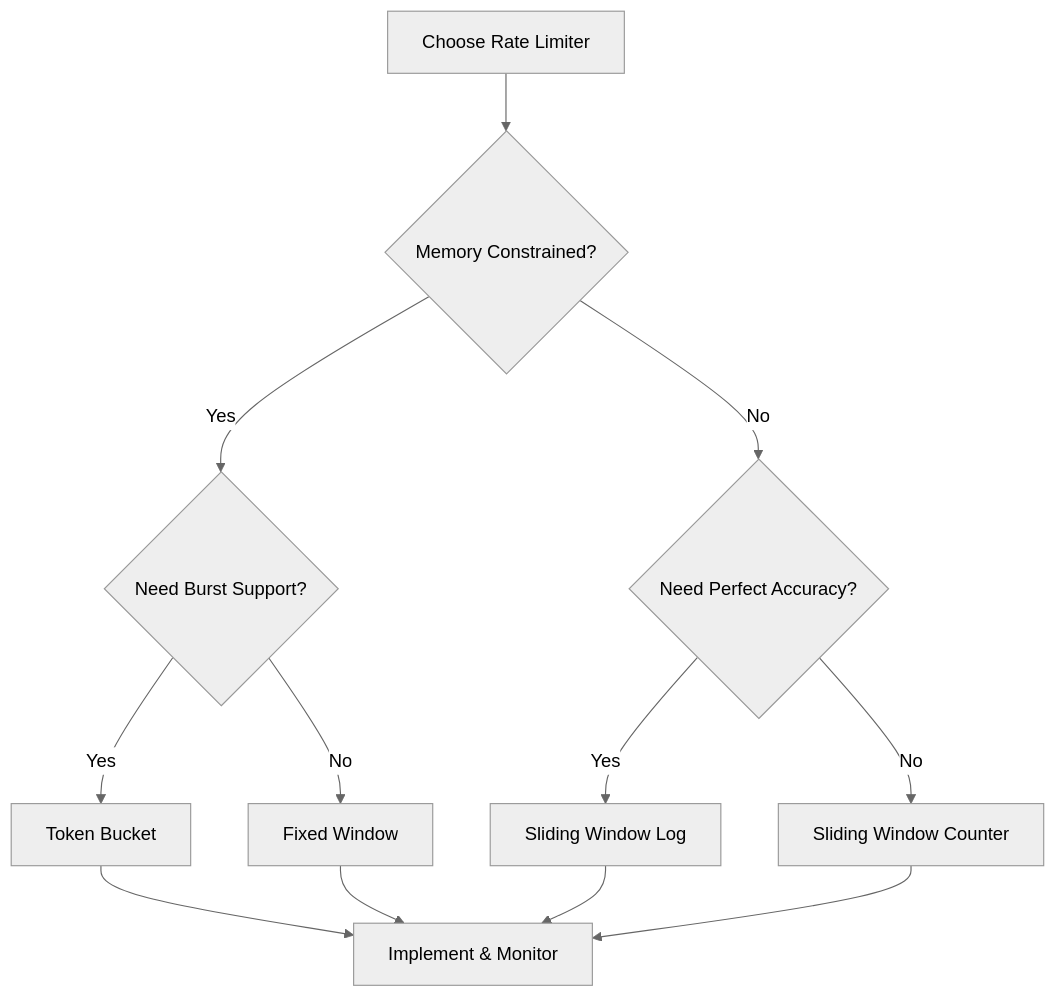
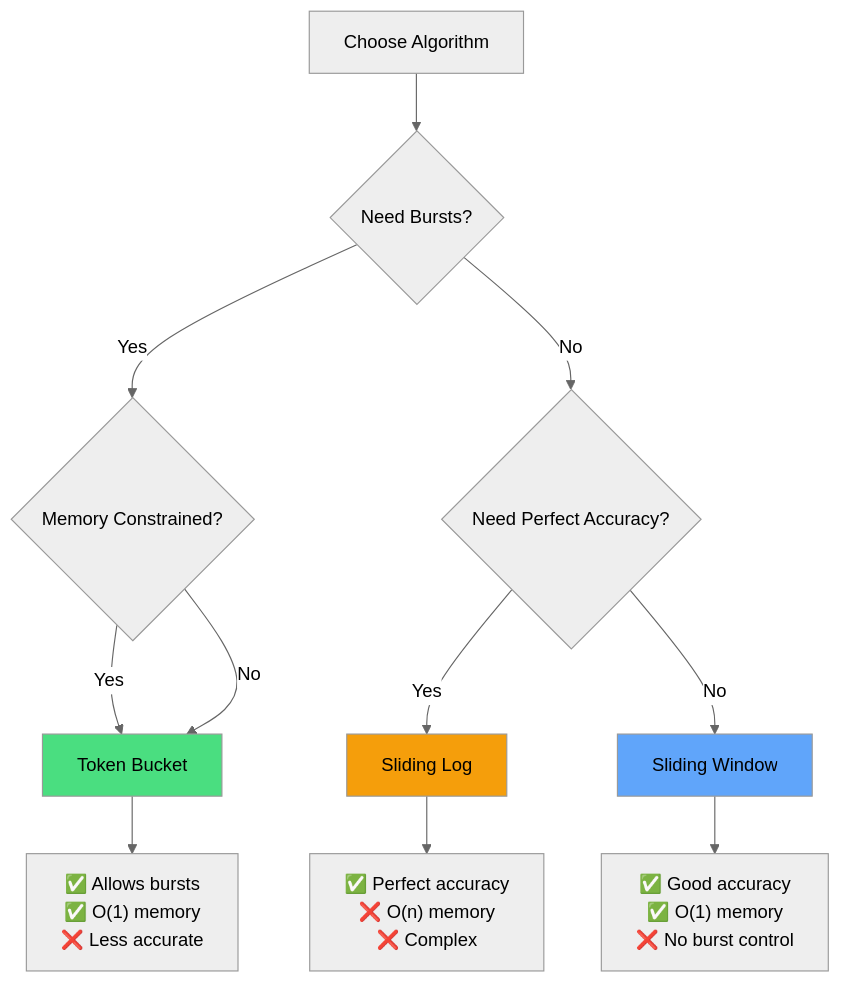
The second of 6 diagrams in docs/pattern-library/scaling/rate-limiting.md (deepaucksharma/DStudio), drawn with Mermaid (neutral theme) before and after one commit. The commit also changed other lines of this file and 4 other files, not shown here.

````diff
--- a/docs/pattern-library/scaling/rate-limiting.md
+++ b/docs/pattern-library/scaling/rate-limiting.md
@@ -506,18 +115,20 @@
 ```mermaid
 graph TD
-    Start["Choose Rate Limiter"] --> Q1{"Memory Constrained?"}
+    Start[Choose Algorithm] --> Q1{Need Bursts?}
+    Q1 -->|Yes| Q2{Memory Constrained?}
+    Q1 -->|No| Q3{Need Perfect Accuracy?}
     
-    Q1 -->|Yes| Q2{"Need Burst Support?"}
-    Q1 -->|No| Q3{"Need Perfect Accuracy?"}
+    Q2 -->|Yes| TB[Token Bucket]
+    Q2 -->|No| TB
     
-    Q2 -->|Yes| TB["Token Bucket"]
-    Q2 -->|No| FW["Fixed Window"]
+    Q3 -->|Yes| SL[Sliding Log]
+    Q3 -->|No| SW[Sliding Window]
     
-    Q3 -->|Yes| SWL["Sliding Window Log"]
-    Q3 -->|No| SWC["Sliding Window Counter"]
+    TB --> TBD["✅ Allows bursts<br/>✅ O(1) memory<br/>❌ Less accurate"]
+    SW --> SWD["✅ Good accuracy<br/>✅ O(1) memory<br/>❌ No burst control"]
+    SL --> SLD["✅ Perfect accuracy<br/>❌ O(n) memory<br/>❌ Complex"]
     
-    TB --> END["Implement & Monitor"]
-    FW --> END
-    SWL --> END
-    SWC --> END
+    style TB fill:#4ade80
+    style SW fill:#60a5fa
+    style SL fill:#f59e0b
 ```
````
